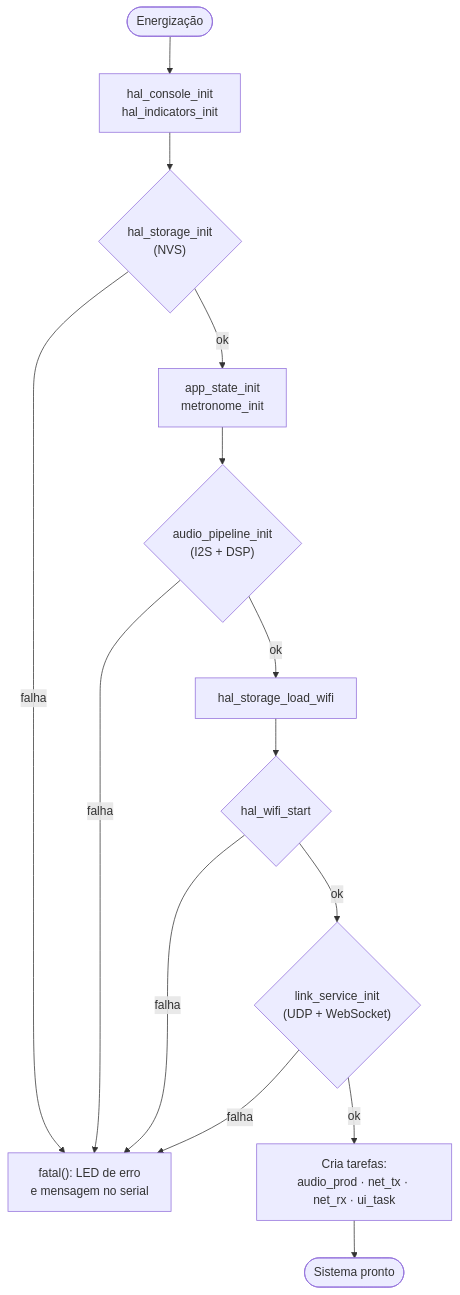
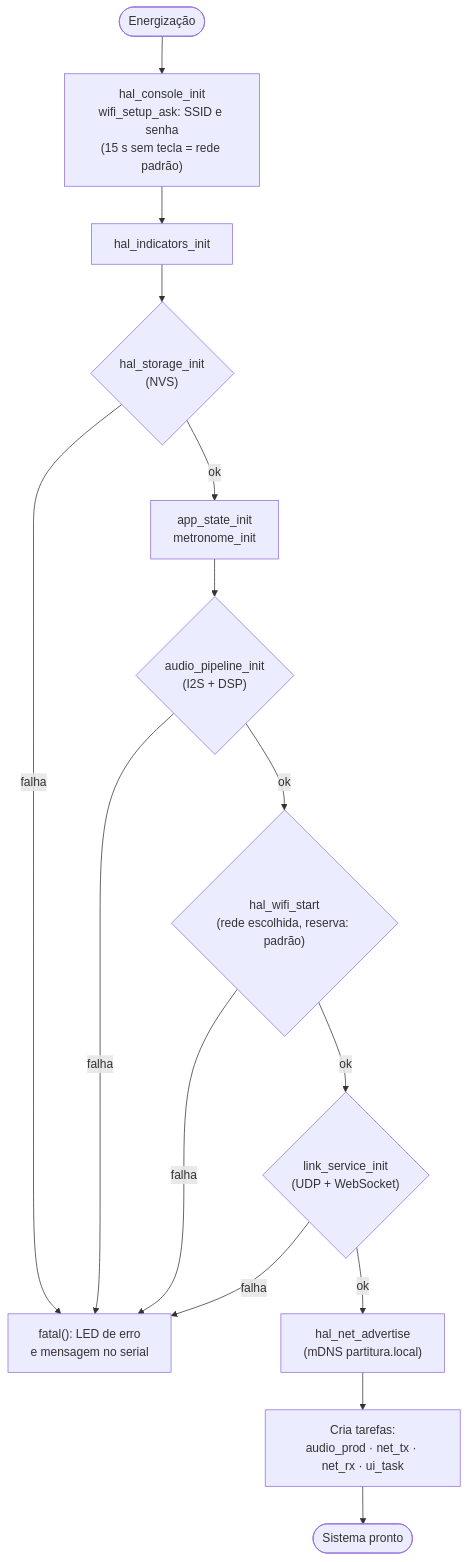
The fifth of 9 diagrams in README.md (noggyamamoto/firmware_I2S), drawn with Mermaid before and after one commit. The commit also changed other lines of this file and 1 other file, not shown here.

````diff
--- a/README.md
+++ b/README.md
@@ -507,16 +522,17 @@
 ```mermaid
 flowchart TD
-    A([Energização]) --> B["hal_console_init<br/>hal_indicators_init"]
+    A([Energização]) --> W["hal_console_init<br/>wifi_setup_ask: SSID e senha<br/>(15 s sem tecla = rede padrão)"]
+    W --> B["hal_indicators_init"]
     B --> C{"hal_storage_init<br/>(NVS)"}
     C -- falha --> F["fatal(): LED de erro<br/>e mensagem no serial"]
     C -- ok --> D["app_state_init<br/>metronome_init"]
     D --> E{"audio_pipeline_init<br/>(I2S + DSP)"}
     E -- falha --> F
-    E -- ok --> G["hal_storage_load_wifi"]
-    G --> H{"hal_wifi_start"}
+    E -- ok --> H{"hal_wifi_start<br/>(rede escolhida, reserva: padrão)"}
     H -- falha --> F
     H -- ok --> I{"link_service_init<br/>(UDP + WebSocket)"}
     I -- falha --> F
-    I -- ok --> J["Cria tarefas:<br/>audio_prod · net_tx · net_rx · ui_task"]
+    I -- ok --> M["hal_net_advertise<br/>(mDNS partitura.local)"]
+    M --> J["Cria tarefas:<br/>audio_prod · net_tx · net_rx · ui_task"]
     J --> K([Sistema pronto])
 ```
````
